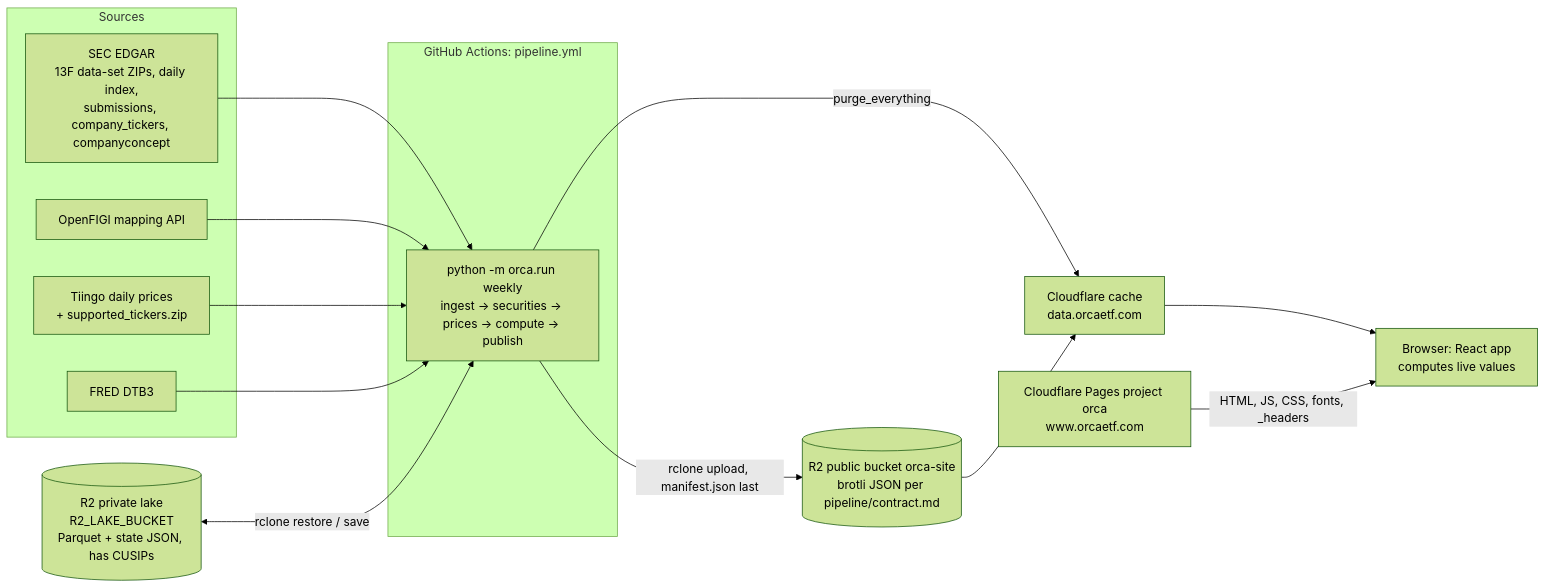
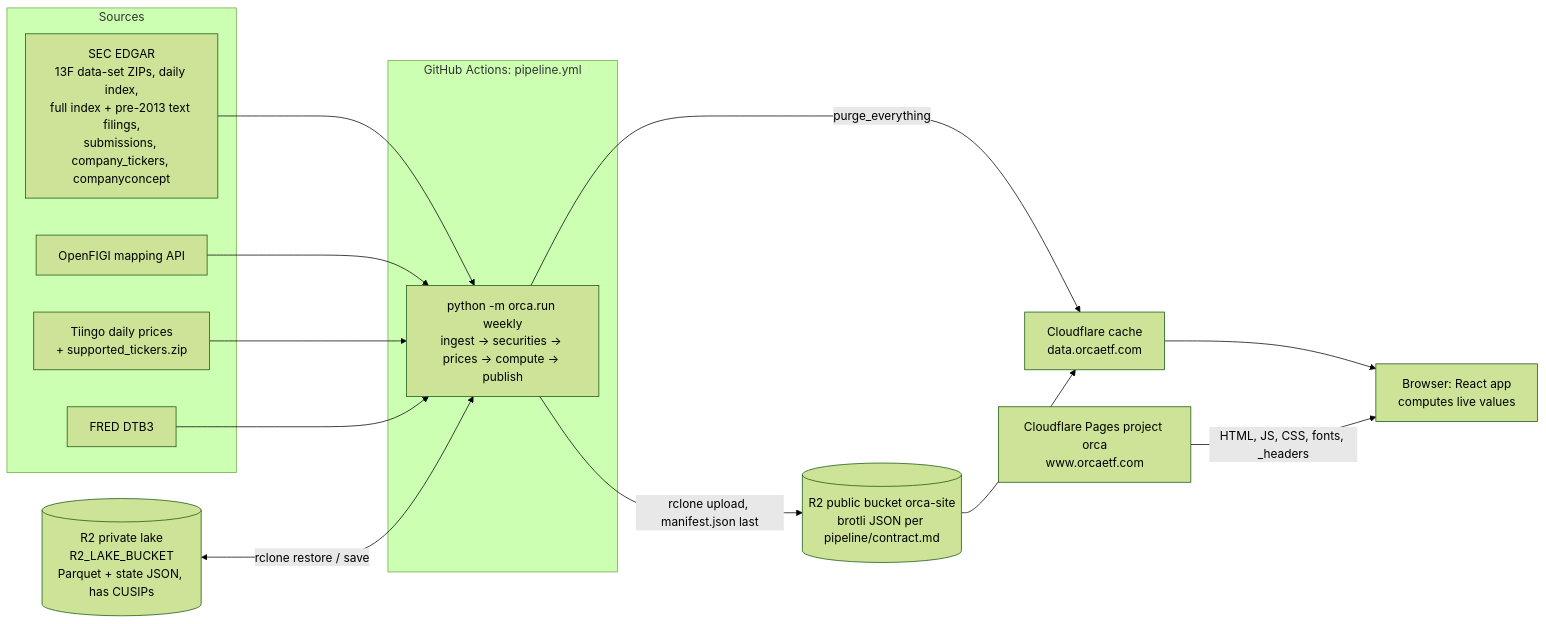
One commit to Cannibara/Orca changed the diagram in docs/ARCHITECTURE.md. Above: the diagram before and after it, drawn with Mermaid (forest theme). The commit also changed other lines of this file and 59 other files, not shown here.

````diff
--- a/docs/ARCHITECTURE.md
+++ b/docs/ARCHITECTURE.md
@@ -7,26 +7,26 @@
 ```mermaid
 flowchart LR
   subgraph Sources
-    SEC[SEC EDGAR<br/>13F data-set ZIPs, daily index,<br/>submissions, company_tickers, companyconcept]
+    SEC[SEC EDGAR<br/>13F data-set ZIPs, daily index,<br/>full index + pre-2013 text filings,<br/>submissions, company_tickers, companyconcept]
     FIGI[OpenFIGI mapping API]
     TI[Tiingo daily prices<br/>+ supported_tickers.zip]
     FRED[FRED DTB3]
   end
   subgraph GHA[GitHub Actions: pipeline.yml]
     RUN[python -m orca.run weekly<br/>ingest → securities → prices → compute → publish]
   end
   LAKE[(R2 private lake<br/>R2_LAKE_BUCKET<br/>Parquet + state JSON, has CUSIPs)]
   SITE[(R2 public bucket orca-site<br/>brotli JSON per pipeline/contract.md)]
   CDN[Cloudflare cache<br/>data.orcaetf.com]
   PAGES[Cloudflare Pages project orca<br/>www.orcaetf.com]
   UI[Browser: React app<br/>computes live values]
   SEC --> RUN
   FIGI --> RUN
   TI --> RUN
   FRED --> RUN
   LAKE <-->|rclone restore / save| RUN
   RUN -->|rclone upload, manifest.json last| SITE
   RUN -->|purge_everything| CDN
   SITE --> CDN --> UI
   PAGES -->|HTML, JS, CSS, fonts, _headers| UI
 ```
````
